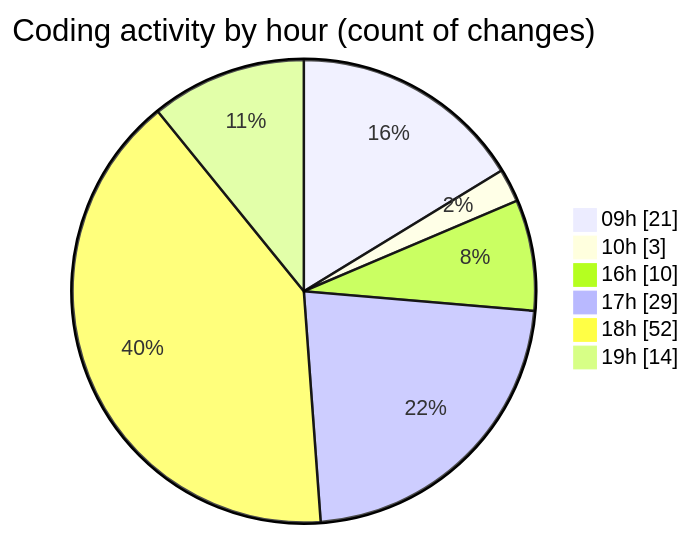
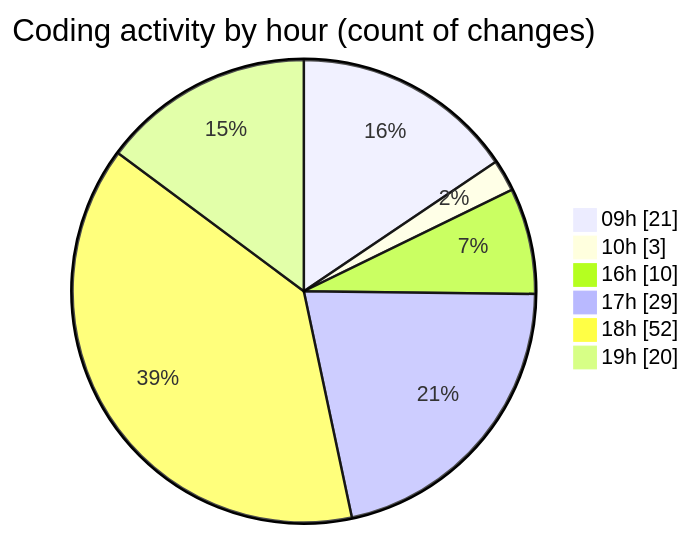
One commit to momahboobian/code-tracking changed the second of 2 diagrams in 2025-12-17/cda/README.md. Above: the diagram before and after it, drawn with Mermaid. The commit also changed other lines of this file and 1 other file, not shown here.

````diff
--- a/2025-12-17/cda/README.md
+++ b/2025-12-17/cda/README.md
@@ -67,10 +67,10 @@
 ```mermaid
 pie showData
 title Coding activity by hour (count of changes)
 "09h" : 21
 "10h" : 3
 "16h" : 10
 "17h" : 29
 "18h" : 52
-"19h" : 14
+"19h" : 20
 ```
````
